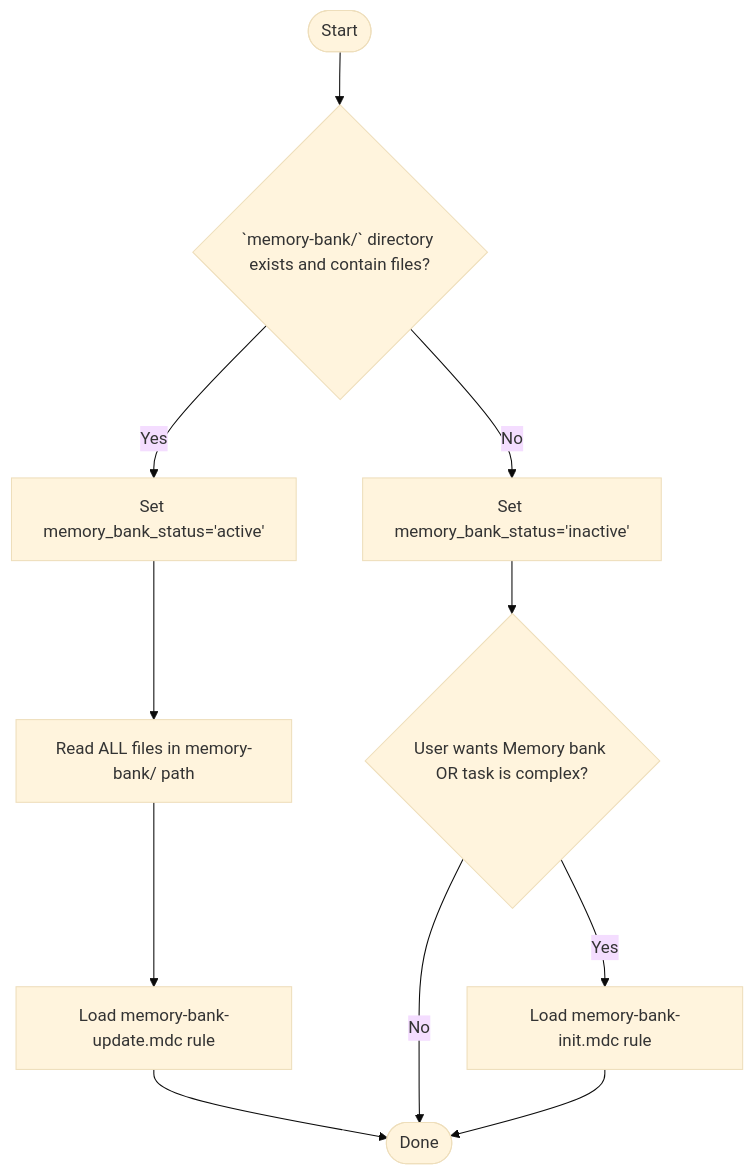
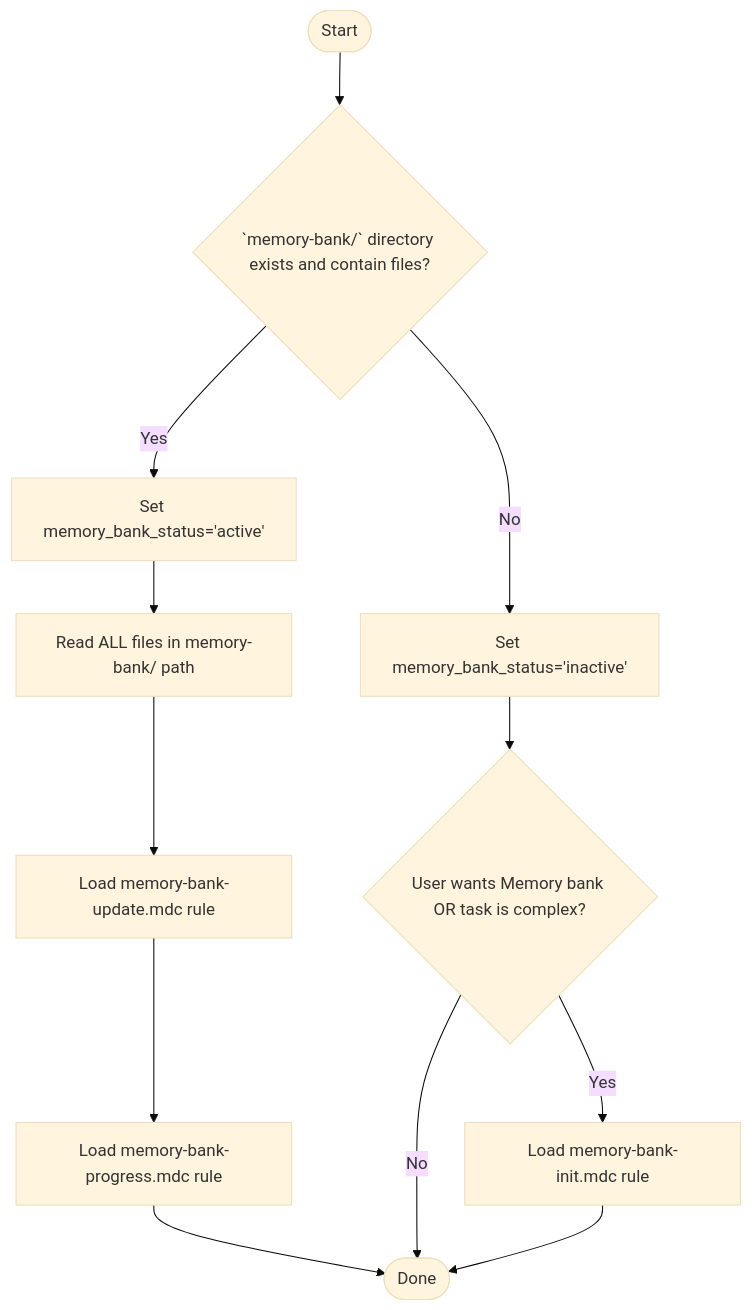
Before and after one commit to kvokka/getting-started: the diagram in .cursor/rules/always/memory-bank-core.mdc, drawn with Mermaid (base theme). The commit also changed 4 other files, not shown here.

First line of the commit message:
refactor: update memory bank initialization

````diff
--- a/.cursor/rules/always/memory-bank-core.mdc
+++ b/.cursor/rules/always/memory-bank-core.mdc
@@ -14,16 +14,17 @@
 ```mermaid
 flowchart TD
     Start([Start]) --> CheckMB{`memory-bank/` directory exists and contain files?}
 
     CheckMB -->|No| SetInactive[Set memory_bank_status='inactive']
     CheckMB -->|Yes| SetActive[Set memory_bank_status='active']
 
     SetActive --> ReadFiles[Read ALL files in memory-bank/ path]
     ReadFiles --> LoadUpdateRule[Load memory-bank-update.mdc rule]
-    LoadUpdateRule --> Done
+    LoadUpdateRule --> LoadProgressRule[Load memory-bank-progress.mdc rule]
+    LoadProgressRule --> Done
 
     SetInactive --> CheckInit{User wants Memory bank OR task is complex?}
     CheckInit -->|Yes| LoadInitRule[Load memory-bank-init.mdc rule]
     CheckInit -->|No| Done
     LoadInitRule --> Done([Done])
 ```
````
